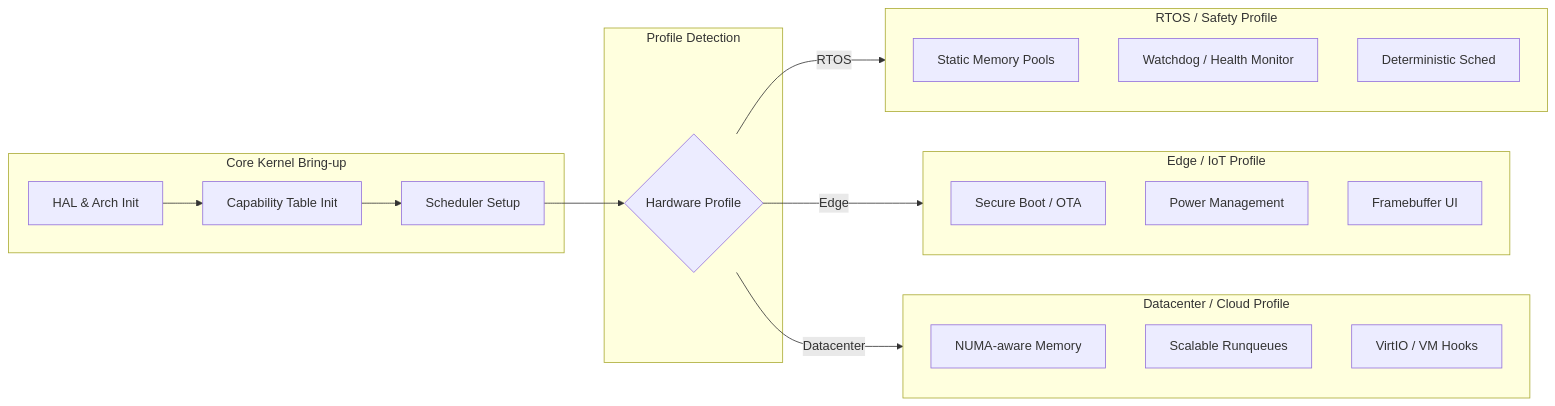
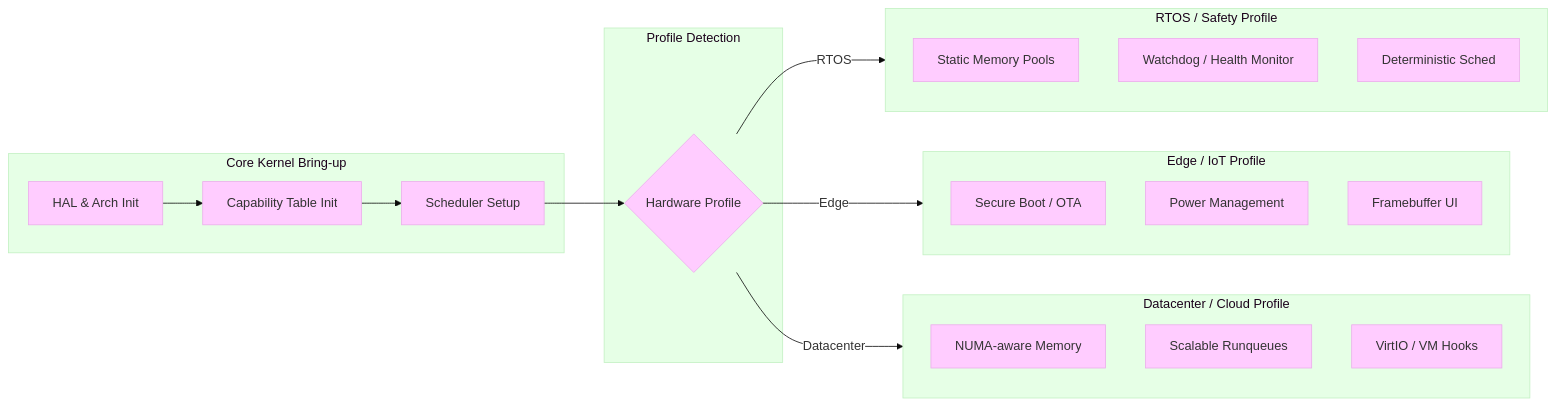
The sixth of 7 diagrams in README.md (CloudCarpentry/Bharat-OS), drawn with Mermaid before and after one commit. The commit also changed other lines of this file and 3 other files, not shown here.

First line of the commit message:
docs: update README, ADRs, and architecture docs for structured panics and FBUI

````diff
--- a/README.md
+++ b/README.md
@@ -270,33 +279,34 @@
 ```mermaid
+%%{init: {'theme': 'base', 'themeVariables': { 'primaryColor': '#ffccff', 'edgeLabelBackground':'#ffffff'}}}%%
 graph LR
     subgraph CoreBoot [Core Kernel Bring-up]
         HAL[HAL & Arch Init] --> Cap[Capability Table Init]
         Cap --> Sched[Scheduler Setup]
     end
 
     subgraph ProfileDispatch [Profile Detection]
         Sched --> Detect{Hardware Profile}
     end
 
     subgraph RTOS [RTOS / Safety Profile]
         Static[Static Memory Pools]
         Watchdog[Watchdog / Health Monitor]
         DetermSched[Deterministic Sched]
     end
 
     subgraph Edge [Edge / IoT Profile]
         OTA[Secure Boot / OTA]
         PwrMgmt[Power Management]
         FB[Framebuffer UI]
     end
 
     subgraph Datacenter [Datacenter / Cloud Profile]
         NUMA[NUMA-aware Memory]
         ScaleSched[Scalable Runqueues]
         Virt[VirtIO / VM Hooks]
     end
 
     Detect -->|RTOS| RTOS
     Detect -->|Edge| Edge
     Detect -->|Datacenter| Datacenter
 ```
````
